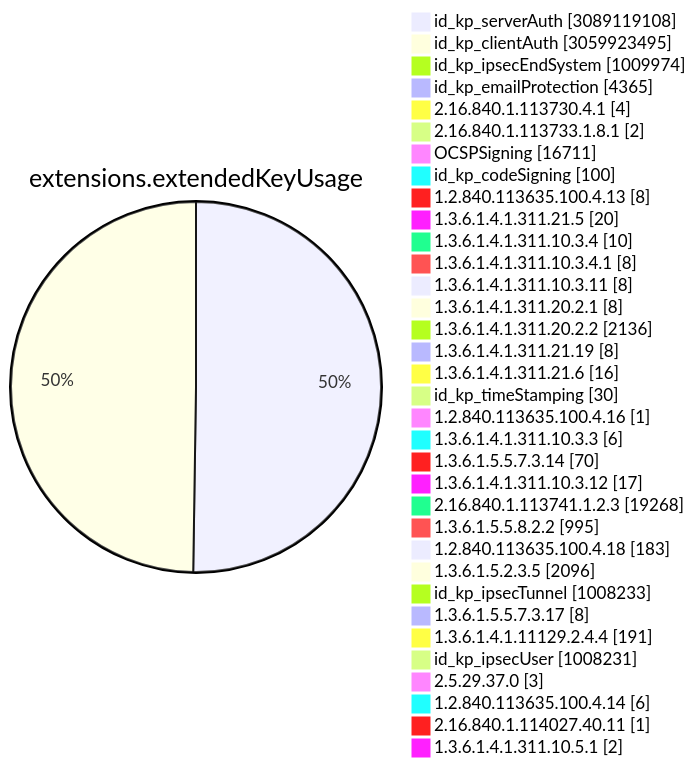
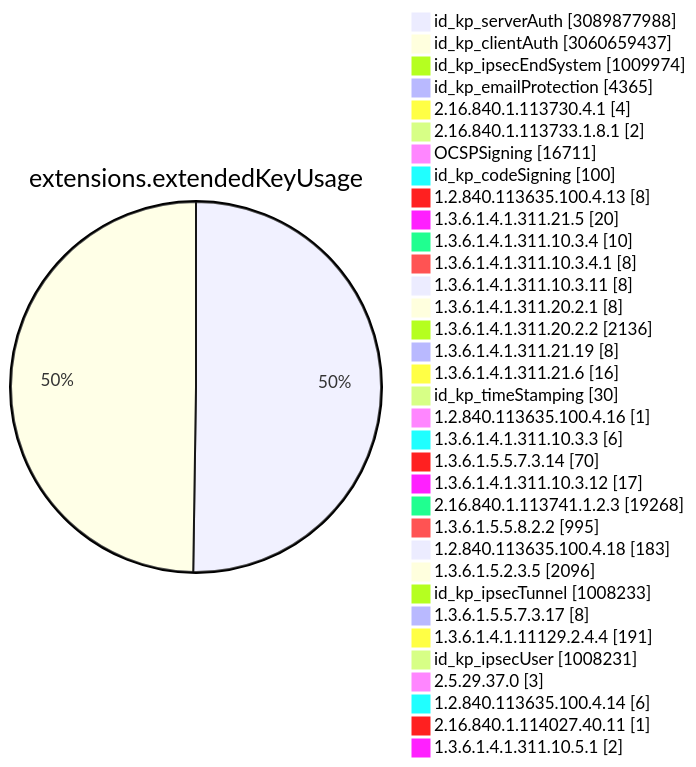
One commit to christiankrug/ctmonitor_visualization changed diagram 11 of 15 in TOTAL/README.md. Above: the diagram before and after it, drawn with Mermaid. The commit also changed other lines of this file, not shown here.

````diff
--- a/TOTAL/README.md
+++ b/TOTAL/README.md
@@ -4117,38 +4117,38 @@
 ```mermaid
 pie showData
 title extensions.extendedKeyUsage
-"id_kp_serverAuth" :3089119108
-"id_kp_clientAuth" :3059923495
+"id_kp_serverAuth" :3089877988
+"id_kp_clientAuth" :3060659437
 "id_kp_ipsecEndSystem" :1009974
 "id_kp_emailProtection" :4365
 "2.16.840.1.113730.4.1" :4
 "2.16.840.1.113733.1.8.1" :2
 "OCSPSigning" :16711
 "id_kp_codeSigning" :100
 "1.2.840.113635.100.4.13" :8
 "1.3.6.1.4.1.311.21.5" :20
 "1.3.6.1.4.1.311.10.3.4" :10
 "1.3.6.1.4.1.311.10.3.4.1" :8
 "1.3.6.1.4.1.311.10.3.11" :8
 "1.3.6.1.4.1.311.20.2.1" :8
 "1.3.6.1.4.1.311.20.2.2" :2136
 "1.3.6.1.4.1.311.21.19" :8
 "1.3.6.1.4.1.311.21.6" :16
 "id_kp_timeStamping" :30
 "1.2.840.113635.100.4.16" :1
 "1.3.6.1.4.1.311.10.3.3" :6
 "1.3.6.1.5.5.7.3.14" :70
 "1.3.6.1.4.1.311.10.3.12" :17
 "2.16.840.1.113741.1.2.3" :19268
 "1.3.6.1.5.5.8.2.2" :995
 "1.2.840.113635.100.4.18" :183
 "1.3.6.1.5.2.3.5" :2096
 "id_kp_ipsecTunnel" :1008233
 "1.3.6.1.5.5.7.3.17" :8
 "1.3.6.1.4.1.11129.2.4.4" :191
 "id_kp_ipsecUser" :1008231
 "2.5.29.37.0" :3
 "1.2.840.113635.100.4.14" :6
 "2.16.840.1.114027.40.11" :1
 "1.3.6.1.4.1.311.10.5.1" :2
 ```
````
